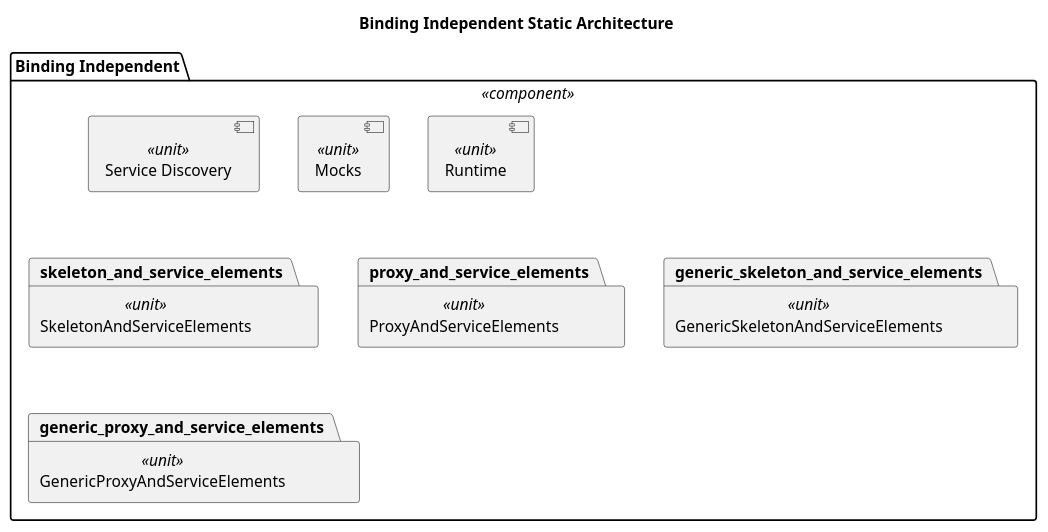
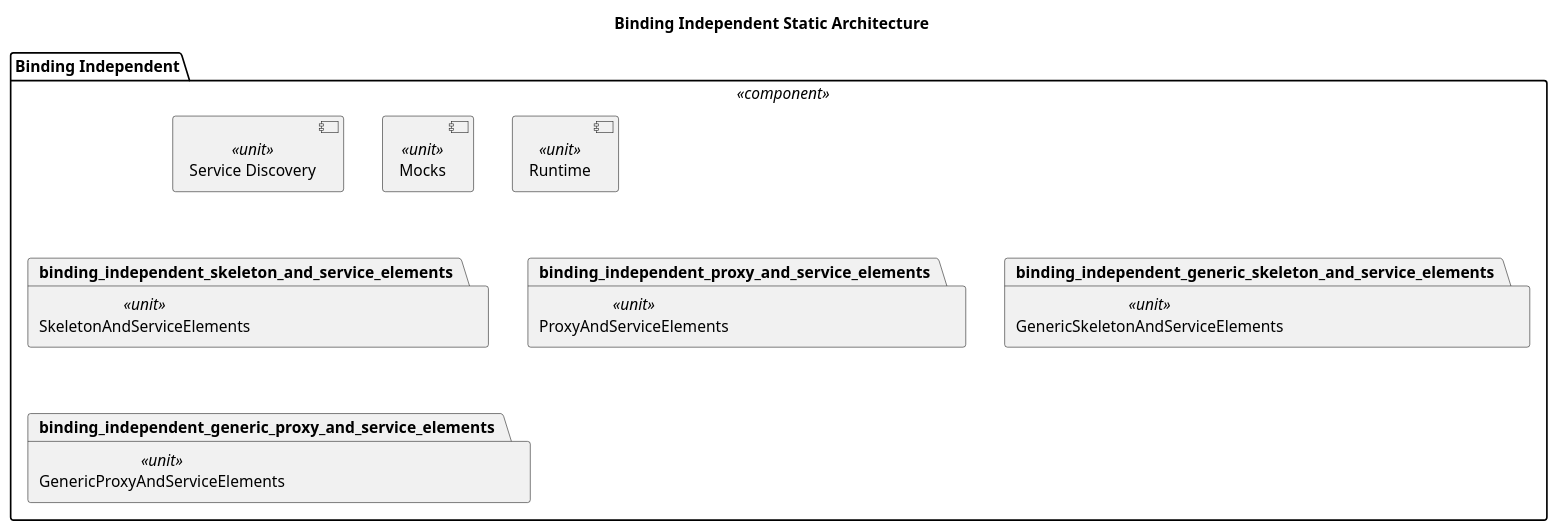
The diagram in score/mw/com/dependability/software_architectural_design/static_design/binding_independent.puml (eclipse-score/communication), drawn with PlantUML before and after one commit. The commit also changed 12 other files, not shown here.

```diff
--- a/score/mw/com/dependability/software_architectural_design/static_design/binding_independent.puml
+++ b/score/mw/com/dependability/software_architectural_design/static_design/binding_independent.puml
@@ -13,18 +13,18 @@
 @startuml safety_sentinel_binding_independent_design
 title "Binding Independent Static Architecture"
 
 package "Binding Independent" as binding_independent <<component>> {
-  component "Service Discovery" as service_discovery <<unit>> 
-  component "Mocks" as mocks <<unit>> 
-  component "Runtime" as runtime <<unit>> 
+  component "Service Discovery" as binding_independent_service_discovery <<unit>> 
+  component "Mocks" as binding_independent_mocks <<unit>> 
+  component "Runtime" as binding_independent_runtime <<unit>> 
 
-  package "SkeletonAndServiceElements" as skeleton_and_service_elements <<unit>>
+  package "SkeletonAndServiceElements" as binding_independent_skeleton_and_service_elements <<unit>>
 
-  package "ProxyAndServiceElements" as proxy_and_service_elements <<unit>>
+  package "ProxyAndServiceElements" as binding_independent_proxy_and_service_elements <<unit>>
 
-  package "GenericSkeletonAndServiceElements" as generic_skeleton_and_service_elements <<unit>>
+  package "GenericSkeletonAndServiceElements" as binding_independent_generic_skeleton_and_service_elements <<unit>>
 
-  package "GenericProxyAndServiceElements" as generic_proxy_and_service_elements <<unit>>
+  package "GenericProxyAndServiceElements" as binding_independent_generic_proxy_and_service_elements <<unit>>
 }
 
 @enduml
```
